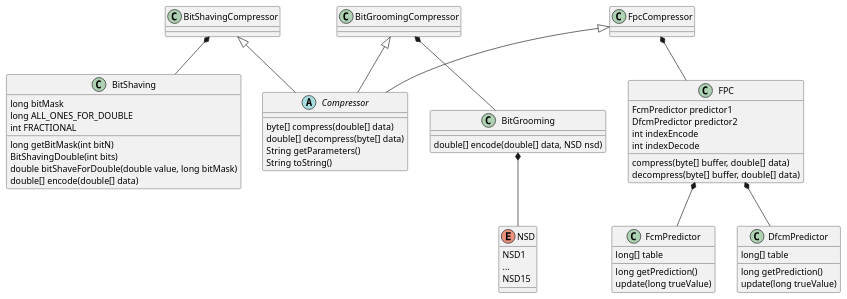
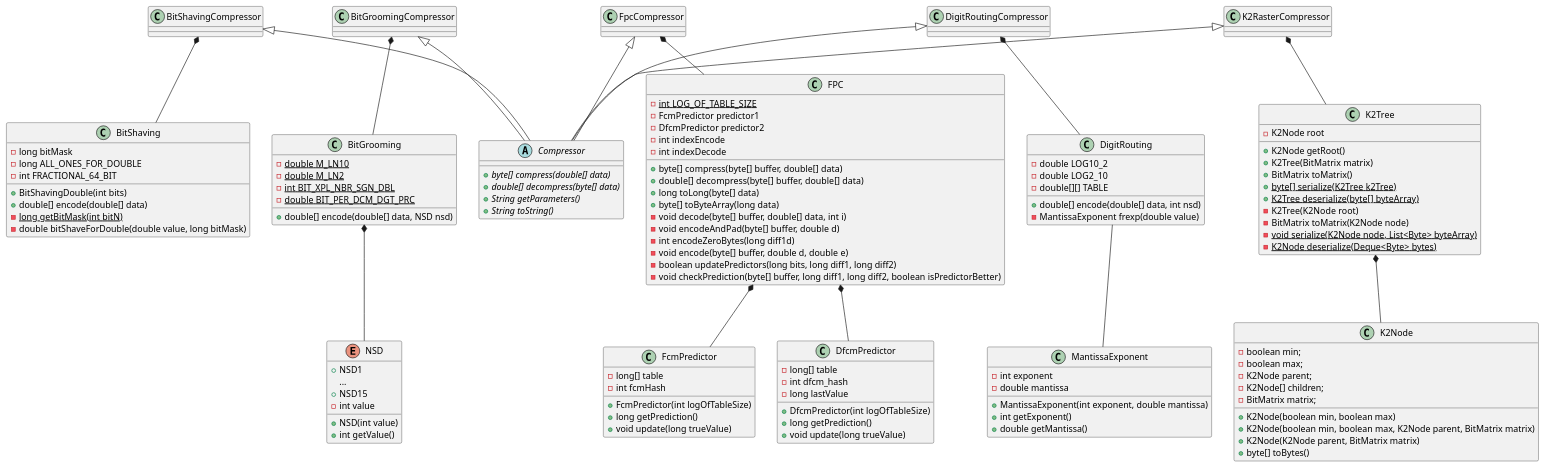
One commit to pvshebarshin/Comparative-Evaluation-of-Geospatial-Raster-Data-Compression-Techniques changed the diagram in src/main/resources/uml.puml. Above: the diagram before and after it, drawn with PlantUML. The commit also changed 2 other files, not shown here.

Commit message:
Update uml

```diff
--- a/src/main/resources/uml.puml
+++ b/src/main/resources/uml.puml
@@ -1,78 +1,153 @@
 @startuml
 'https://plantuml.com/class-diagram
 
 abstract class Compressor
 
 
 BitShavingCompressor <|-- Compressor
 BitGroomingCompressor <|-- Compressor
 FpcCompressor <|-- Compressor
+DigitRoutingCompressor <|-- Compressor
+K2RasterCompressor <|-- Compressor
+
+K2Tree *-- K2Node
+DigitRouting -- MantissaExponent
 
 FPC *-- DfcmPredictor
 FPC *--FcmPredictor
 FpcCompressor *-- FPC
 BitGrooming *-- NSD
 BitGroomingCompressor *-- BitGrooming
 BitShavingCompressor *-- BitShaving
+DigitRoutingCompressor *-- DigitRouting
+K2RasterCompressor *-- K2Tree
 
 abstract class Compressor {
-byte[] compress(double[] data)
-double[] decompress(byte[] data)
-String getParameters()
-String toString()
++ {abstract} byte[] compress(double[] data)
++ {abstract} double[] decompress(byte[] data)
++ {abstract} String getParameters()
++ {abstract} String toString()
+}
+
+class K2RasterCompressor {
+}
+
+class DigitRoutingCompressor {
 }
 
 class FpcCompressor {
 
 }
 
 class BitGroomingCompressor {
 
 }
 
 class BitShavingCompressor {
 
 }
 
+class K2Node {
+- boolean min;
+- boolean max;
+- K2Node parent;
+- K2Node[] children;
+- BitMatrix matrix;
++ K2Node(boolean min, boolean max)
++ K2Node(boolean min, boolean max, K2Node parent, BitMatrix matrix)
++ K2Node(K2Node parent, BitMatrix matrix)
++ byte[] toBytes()
+}
+
+class K2Tree{
+- K2Node root
++ K2Node getRoot()
++ K2Tree(BitMatrix matrix)
++ BitMatrix toMatrix()
++ {static} byte[] serialize(K2Tree k2Tree)
++ {static} K2Tree deserialize(byte[] byteArray)
+- K2Tree(K2Node root)
+- BitMatrix toMatrix(K2Node node)
+- {static} void serialize(K2Node node, List<Byte> byteArray)
+- {static} K2Node deserialize(Deque<Byte> bytes)
+}
+
 class BitShaving{
-long bitMask
-long ALL_ONES_FOR_DOUBLE
-int FRACTIONAL
-long getBitMask(int bitN)
-BitShavingDouble(int bits)
-double bitShaveForDouble(double value, long bitMask)
-double[] encode(double[] data)
+- long bitMask
+- long ALL_ONES_FOR_DOUBLE
+- int FRACTIONAL_64_BIT
++ BitShavingDouble(int bits)
++ double[] encode(double[] data)
+- {static} long getBitMask(int bitN)
+- double bitShaveForDouble(double value, long bitMask)
 }
 
 class FPC {
-FcmPredictor predictor1
-DfcmPredictor predictor2
-int indexEncode
-int indexDecode
-compress(byte[] buffer, double[] data)
-decompress(byte[] buffer, double[] data)
+- {static} int LOG_OF_TABLE_SIZE
+- FcmPredictor predictor1
+- DfcmPredictor predictor2
+- int indexEncode
+- int indexDecode
++ byte[] compress(byte[] buffer, double[] data)
++ double[] decompress(byte[] buffer, double[] data)
++ long toLong(byte[] data)
++ byte[] toByteArray(long data)
+- void decode(byte[] buffer, double[] data, int i)
+- void encodeAndPad(byte[] buffer, double d)
+- int encodeZeroBytes(long diff1d)
+- void encode(byte[] buffer, double d, double e)
+- boolean updatePredictors(long bits, long diff1, long diff2)
+- void checkPrediction(byte[] buffer, long diff1, long diff2, boolean isPredictorBetter)
 }
 
-class BitGrooming{
-double[] encode(double[] data, NSD nsd)
+class BitGrooming {
+- {static} double M_LN10
+- {static} double M_LN2
+- {static} int BIT_XPL_NBR_SGN_DBL
+- {static} double BIT_PER_DCM_DGT_PRC
++ double[] encode(double[] data, NSD nsd)
 }
 
 enum NSD{
-NSD1
++ NSD1
 ...
-NSD15
++ NSD15
+- int value
++ NSD(int value)
++ int getValue()
 }
 
 class FcmPredictor{
-long[] table
-long getPrediction()
-update(long trueValue)
+- long[] table
+- int fcmHash
++ FcmPredictor(int logOfTableSize)
++ long getPrediction()
++ void update(long trueValue)
 }
 class DfcmPredictor{
-long[] table
-long getPrediction()
-update(long trueValue)
+- long[] table
+- int dfcm_hash
+- long lastValue
++ DfcmPredictor(int logOfTableSize)
++ long getPrediction()
++ void update(long trueValue)
+}
+
+class DigitRouting {
+- double LOG10_2
+- double LOG2_10
+- double[][] TABLE
++ double[] encode(double[] data, int nsd)
+- MantissaExponent frexp(double value)
+}
+
+class MantissaExponent {
+- int exponent
+- double mantissa
++ MantissaExponent(int exponent, double mantissa)
++ int getExponent()
++ double getMantissa()
 }
 
 
 @enduml
```
